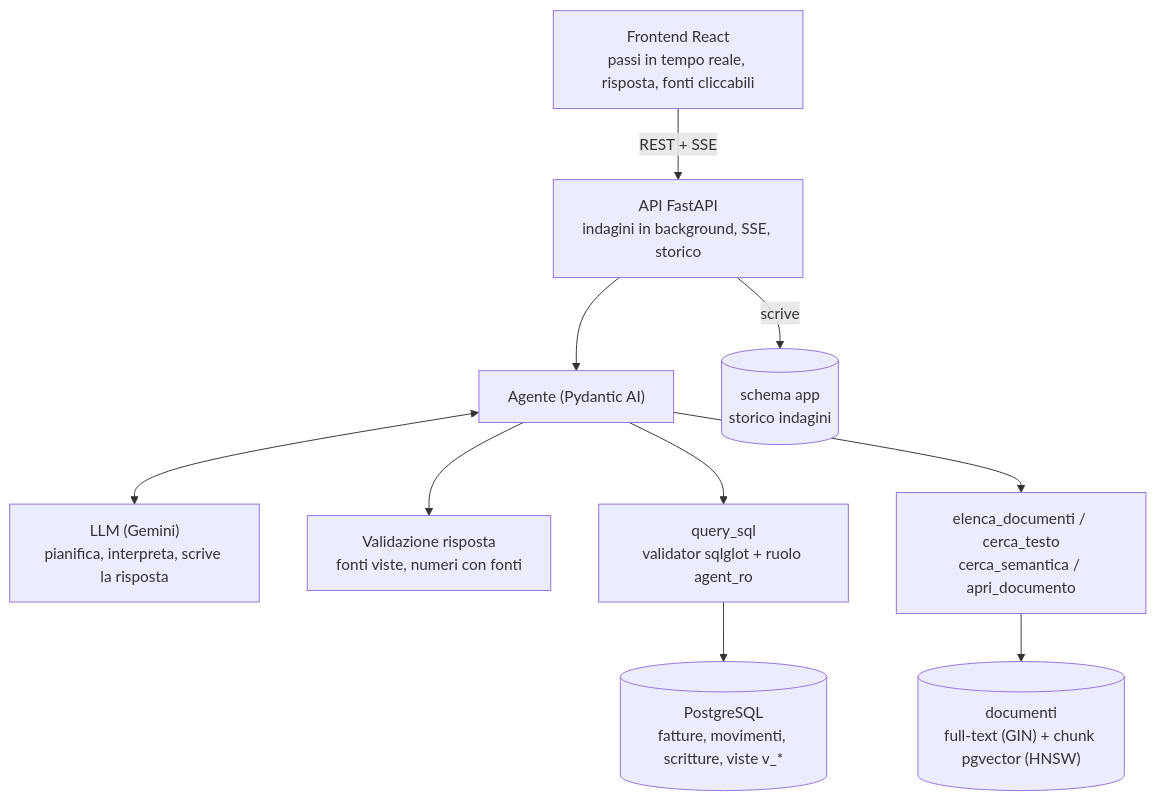
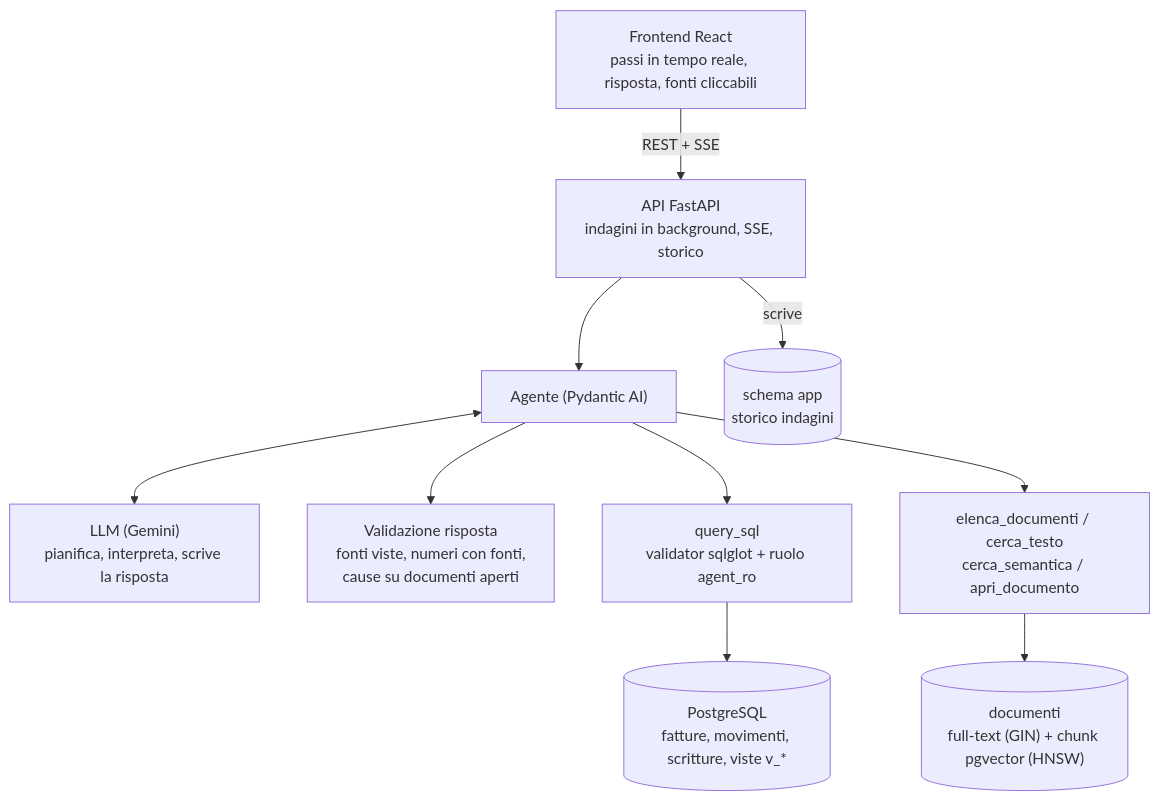
One commit to denkerito/agentic-rag changed the diagram in README.md. Above: the diagram before and after it, drawn with Mermaid. The commit also changed other lines of this file and 8 other files, not shown here.

````diff
--- a/README.md
+++ b/README.md
@@ -86,21 +86,21 @@
 ```mermaid
 flowchart TD
     UI["Frontend React<br/>passi in tempo reale, risposta, fonti cliccabili"]
     API["API FastAPI<br/>indagini in background, SSE, storico"]
     AG["Agente (Pydantic AI)"]
     LLM["LLM (Gemini)<br/>pianifica, interpreta, scrive la risposta"]
-    GUARD["Validazione risposta<br/>fonti viste, numeri con fonti"]
+    GUARD["Validazione risposta<br/>fonti viste, numeri con fonti,<br/>cause su documenti aperti"]
     SQL["query_sql<br/>validator sqlglot + ruolo agent_ro"]
     RAG["elenca_documenti / cerca_testo<br/>cerca_semantica / apri_documento"]
     PG[("PostgreSQL<br/>fatture, movimenti, scritture, viste v_*")]
     VEC[("documenti<br/>full-text (GIN) + chunk pgvector (HNSW)")]
     APP[("schema app<br/>storico indagini")]
 
     UI -->|REST + SSE| API
     API --> AG
     API -->|scrive| APP
     AG <--> LLM
     AG --> SQL --> PG
     AG --> RAG --> VEC
     AG --> GUARD
 ```
````
